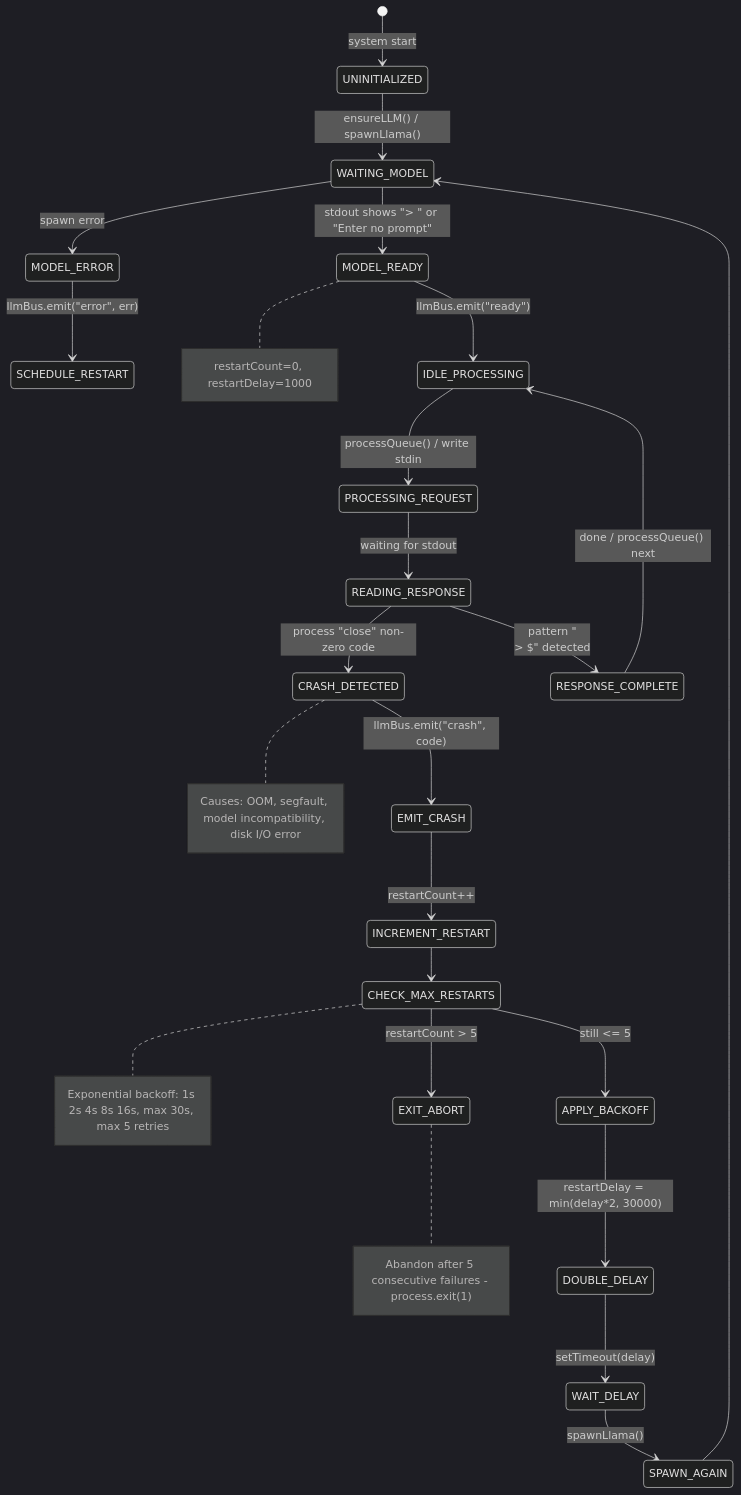
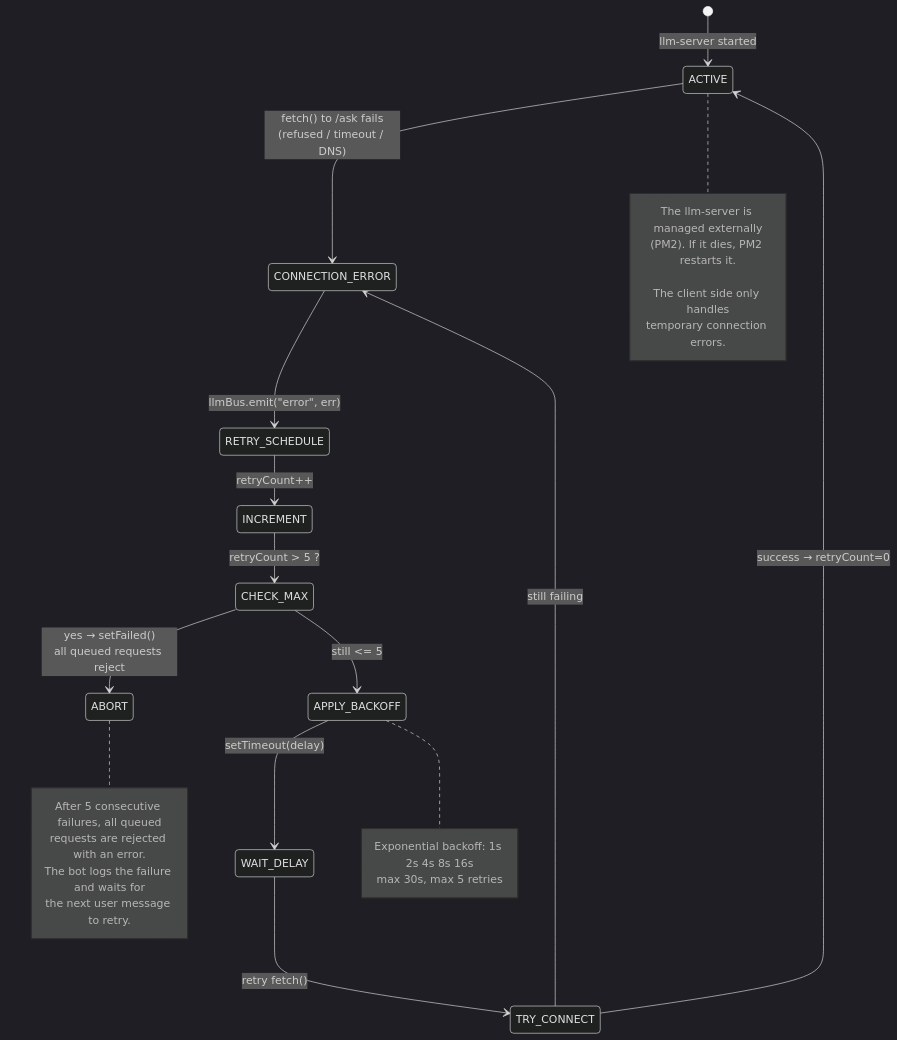
One commit to protocol-luna/krystal changed the diagram in state-machines/05-llm-crash-recovery.mmd. Above: the diagram before and after it, drawn with Mermaid (dark theme). The commit also changed 55 other files, not shown here.

Commit message:
Update diagrams and docs: remove dead CLI/server modes, add online mode, fix config example

```diff
--- a/state-machines/05-llm-crash-recovery.mmd
+++ b/state-machines/05-llm-crash-recovery.mmd
@@ -1,39 +1,30 @@
 stateDiagram-v2
-    [*] --> UNINITIALIZED: system start
-    UNINITIALIZED --> WAITING_MODEL: ensureLLM() / spawnLlama()
-    
-    WAITING_MODEL --> MODEL_READY: stdout shows "> " or "Enter no prompt"
-    WAITING_MODEL --> MODEL_ERROR: spawn error
-    MODEL_ERROR --> SCHEDULE_RESTART: llmBus.emit("error", err)
+    [*] --> ACTIVE: llm-server started
 
-    MODEL_READY --> IDLE_PROCESSING: llmBus.emit("ready")
-    note right of MODEL_READY: restartCount=0, restartDelay=1000
-    
-    IDLE_PROCESSING --> PROCESSING_REQUEST: processQueue() / write stdin
-    
-    PROCESSING_REQUEST --> READING_RESPONSE: waiting for stdout
-    READING_RESPONSE --> CRASH_DETECTED: process "close" non-zero code
-    READING_RESPONSE --> RESPONSE_COMPLETE: pattern "<br/>> $" detected
-    RESPONSE_COMPLETE --> IDLE_PROCESSING: done / processQueue() next
+    ACTIVE --> CONNECTION_ERROR: fetch() to /ask fails<br/>(refused / timeout / DNS)
+    CONNECTION_ERROR --> RETRY_SCHEDULE: llmBus.emit("error", err)
 
-    CRASH_DETECTED --> EMIT_CRASH: llmBus.emit("crash", code)
-    EMIT_CRASH --> INCREMENT_RESTART: restartCount++
-    
-    INCREMENT_RESTART --> CHECK_MAX_RESTARTS
-    CHECK_MAX_RESTARTS --> EXIT_ABORT: restartCount > 5
-    CHECK_MAX_RESTARTS --> APPLY_BACKOFF: still <= 5
+    RETRY_SCHEDULE --> INCREMENT: retryCount++
+    INCREMENT --> CHECK_MAX: retryCount > 5 ?
 
-    APPLY_BACKOFF --> DOUBLE_DELAY: restartDelay = min(delay*2, 30000)
-    DOUBLE_DELAY --> WAIT_DELAY: setTimeout(delay)
-    WAIT_DELAY --> SPAWN_AGAIN: spawnLlama()
-    SPAWN_AGAIN --> WAITING_MODEL
+    CHECK_MAX --> ABORT: yes → setFailed()<br/>all queued requests reject
+    CHECK_MAX --> APPLY_BACKOFF: still <= 5
 
-    note right of CHECK_MAX_RESTARTS
-      Exponential backoff: 1s 2s 4s 8s 16s, max 30s, max 5 retries
+    APPLY_BACKOFF --> WAIT_DELAY: setTimeout(delay)
+    WAIT_DELAY --> TRY_CONNECT: retry fetch()
+
+    TRY_CONNECT --> ACTIVE: success → retryCount=0
+    TRY_CONNECT --> CONNECTION_ERROR: still failing
+
+    note right of APPLY_BACKOFF
+      Exponential backoff: 1s 2s 4s 8s 16s
+      max 30s, max 5 retries
     end note
-    note right of EXIT_ABORT
-      Abandon after 5 consecutive failures - process.exit(1)
+    note right of ABORT
+      After 5 consecutive failures, all queued<br/>requests are rejected with an error.
+      The bot logs the failure and waits for<br/>the next user message to retry.
     end note
-    note right of CRASH_DETECTED
-      Causes: OOM, segfault, model incompatibility, disk I/O error
+    note right of ACTIVE
+      The llm-server is managed externally<br/>(PM2). If it dies, PM2 restarts it.<br/>
+      The client side only handles<br/>temporary connection errors.
     end note
```
